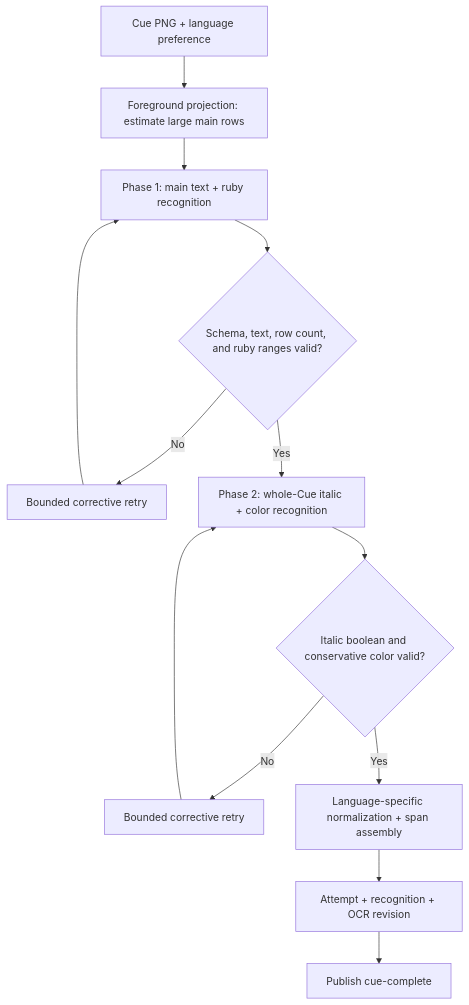
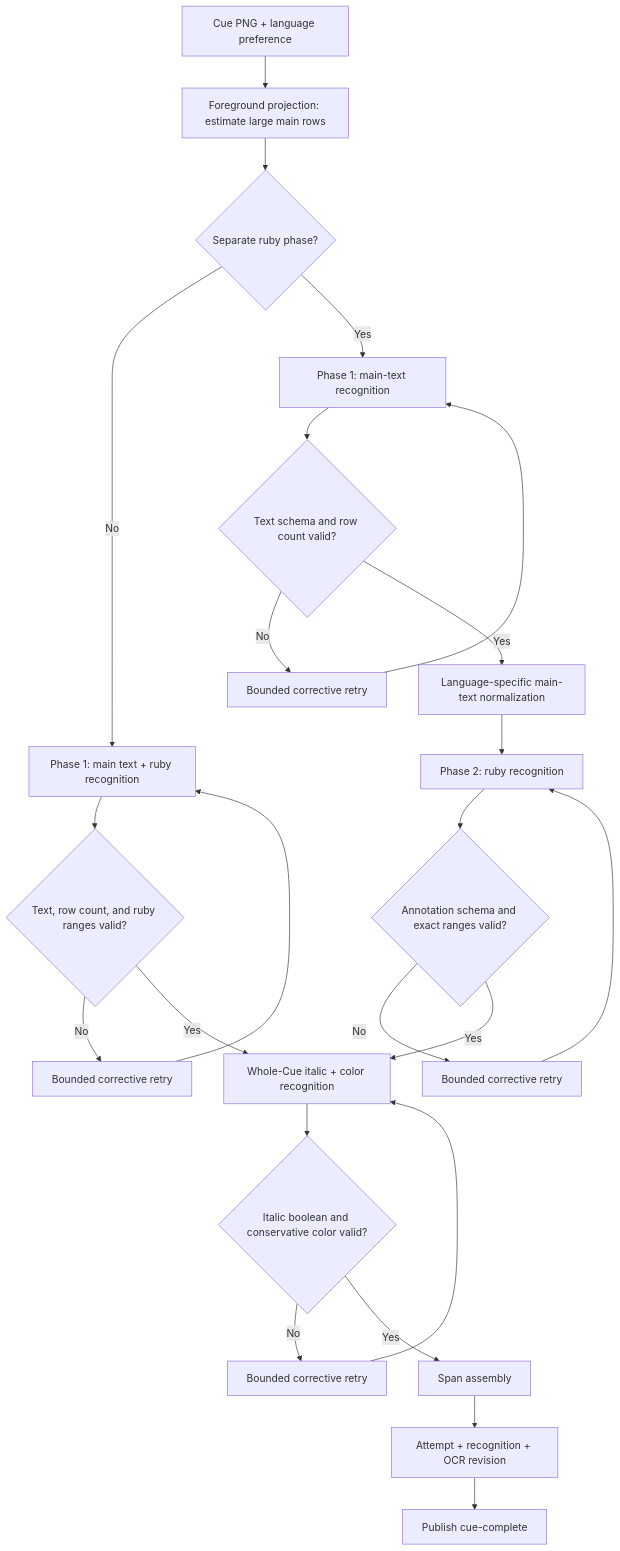
One commit to everettielle/RosettaCue changed diagram 11 of 18 in docs/specification.md. Above: the diagram before and after it, drawn with Mermaid. The commit also changed other lines of this file and 12 other files, not shown here.

Commit message:
feat: optional ruby recognition

````diff
--- a/docs/specification.md
+++ b/docs/specification.md
@@ -700,13 +700,22 @@
 ```mermaid
 flowchart TD
   Input["Cue PNG + language preference"] --> Rows["Foreground projection: estimate large main rows"]
-  Rows --> P1["Phase 1: main text + ruby recognition"]
-  P1 --> Validate1{"Schema, text, row count, and ruby ranges valid?"}
-  Validate1 -->|No| Retry["Bounded corrective retry"] --> P1
-  Validate1 -->|Yes| P2["Phase 2: whole-Cue italic + color recognition"]
-  P2 --> Validate2{"Italic boolean and conservative color valid?"}
-  Validate2 -->|No| Retry2["Bounded corrective retry"] --> P2
-  Validate2 -->|Yes| Normalize["Language-specific normalization + span assembly"]
+  Rows --> Mode{"Separate ruby phase?"}
+  Mode -->|No| Combined["Phase 1: main text + ruby recognition"]
+  Combined --> ValidateCombined{"Text, row count, and ruby ranges valid?"}
+  ValidateCombined -->|No| RetryCombined["Bounded corrective retry"] --> Combined
+  Mode -->|Yes| Main["Phase 1: main-text recognition"]
+  Main --> ValidateMain{"Text schema and row count valid?"}
+  ValidateMain -->|No| RetryMain["Bounded corrective retry"] --> Main
+  ValidateMain -->|Yes| Canonical["Language-specific main-text normalization"]
+  Canonical --> Ruby["Phase 2: ruby recognition"]
+  Ruby --> ValidateRuby{"Annotation schema and exact ranges valid?"}
+  ValidateRuby -->|No| RetryRuby["Bounded corrective retry"] --> Ruby
+  ValidateCombined -->|Yes| Style["Whole-Cue italic + color recognition"]
+  ValidateRuby -->|Yes| Style
+  Style --> ValidateStyle{"Italic boolean and conservative color valid?"}
+  ValidateStyle -->|No| RetryStyle["Bounded corrective retry"] --> Style
+  ValidateStyle -->|Yes| Normalize["Span assembly"]
   Normalize --> Persist["Attempt + recognition + OCR revision"]
   Persist --> Event["Publish cue-complete"]
 ```
````
